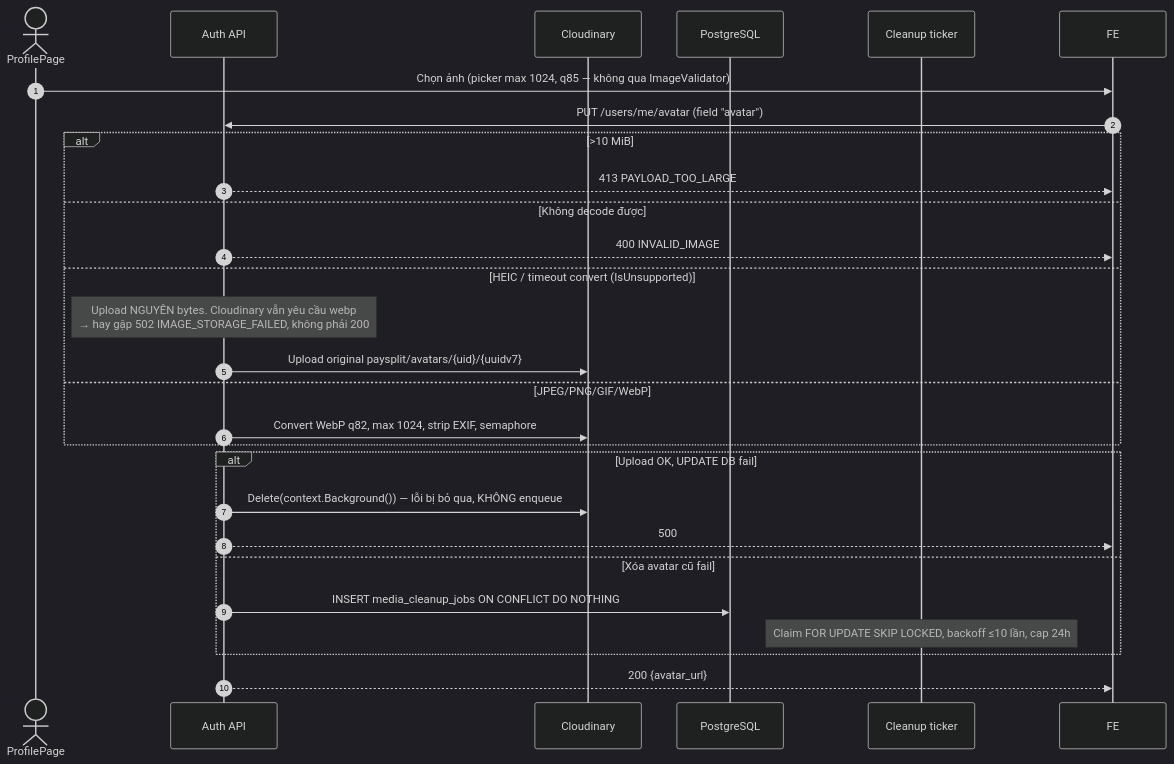
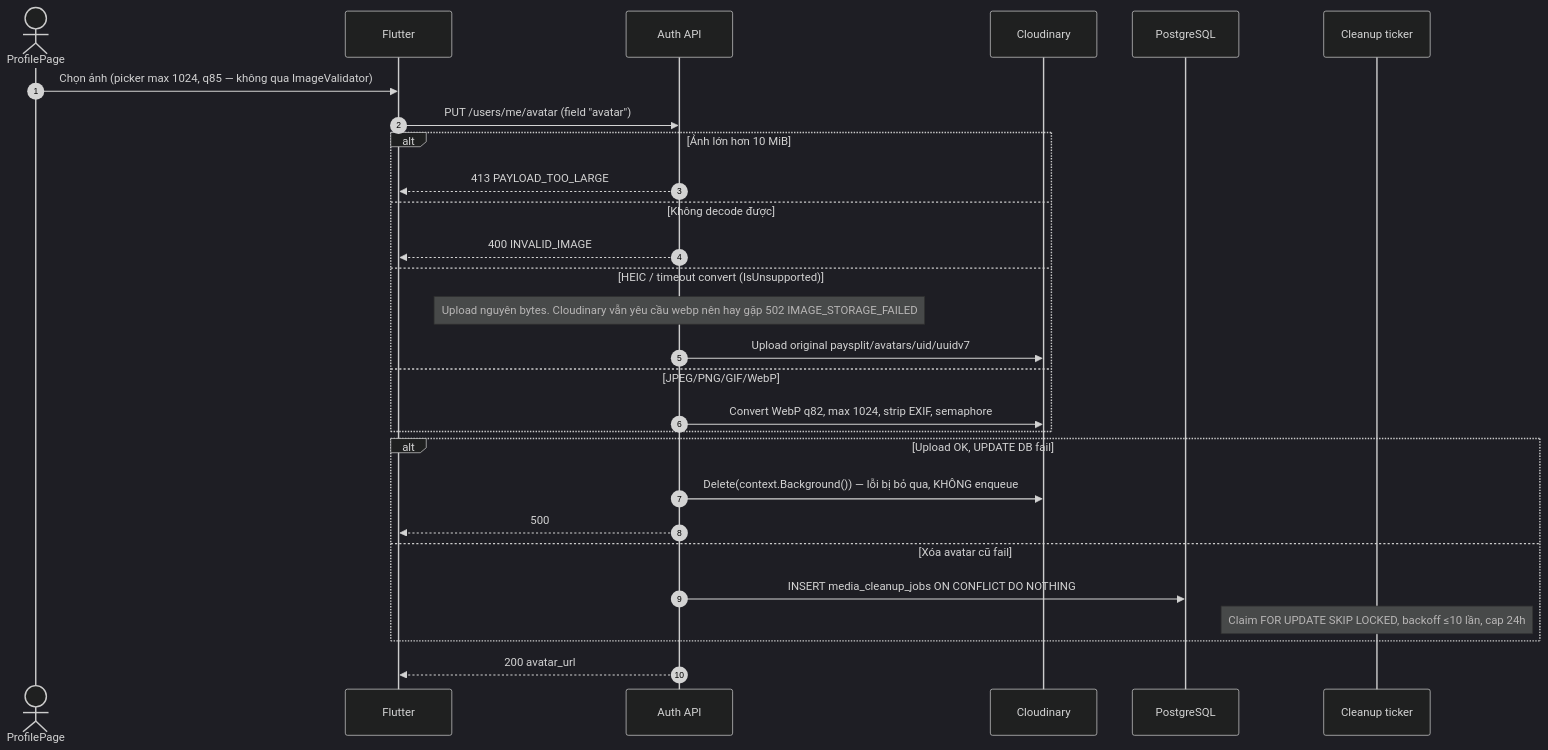
The fifth of 8 diagrams in flow/01-auth.md (FintechVSF-Tranning/PaySplit-RP), drawn with Mermaid (dark theme) before and after one commit. The commit also changed other lines of this file and 7 other files, not shown here.

First line of the commit message:
Refactor notification flow and admin management documentation

````diff
--- a/flow/01-auth.md
+++ b/flow/01-auth.md
@@ -267,30 +307,31 @@
 ```mermaid
 sequenceDiagram
     autonumber
     actor U as ProfilePage
+    participant FE as Flutter
     participant BE as Auth API
     participant CDN as Cloudinary
     participant DB as PostgreSQL
     participant W as Cleanup ticker
 
     U->>FE: Chọn ảnh (picker max 1024, q85 — không qua ImageValidator)
     FE->>BE: PUT /users/me/avatar (field "avatar")
-    alt >10 MiB
+    alt Ảnh lớn hơn 10 MiB
         BE-->>FE: 413 PAYLOAD_TOO_LARGE
     else Không decode được
         BE-->>FE: 400 INVALID_IMAGE
     else HEIC / timeout convert (IsUnsupported)
-        Note over BE: Upload NGUYÊN bytes. Cloudinary vẫn yêu cầu webp<br/>→ hay gặp 502 IMAGE_STORAGE_FAILED, không phải 200
-        BE->>CDN: Upload original paysplit/avatars/{uid}/{uuidv7}
+        Note over BE: Upload nguyên bytes. Cloudinary vẫn yêu cầu webp nên hay gặp 502 IMAGE_STORAGE_FAILED
+        BE->>CDN: Upload original paysplit/avatars/uid/uuidv7
     else JPEG/PNG/GIF/WebP
         BE->>CDN: Convert WebP q82, max 1024, strip EXIF, semaphore
     end
     alt Upload OK, UPDATE DB fail
         BE->>CDN: Delete(context.Background()) — lỗi bị bỏ qua, KHÔNG enqueue
         BE-->>FE: 500
     else Xóa avatar cũ fail
         BE->>DB: INSERT media_cleanup_jobs ON CONFLICT DO NOTHING
         Note over W: Claim FOR UPDATE SKIP LOCKED, backoff ≤10 lần, cap 24h
     end
-    BE-->>FE: 200 {avatar_url}
+    BE-->>FE: 200 avatar_url
 ```
````
